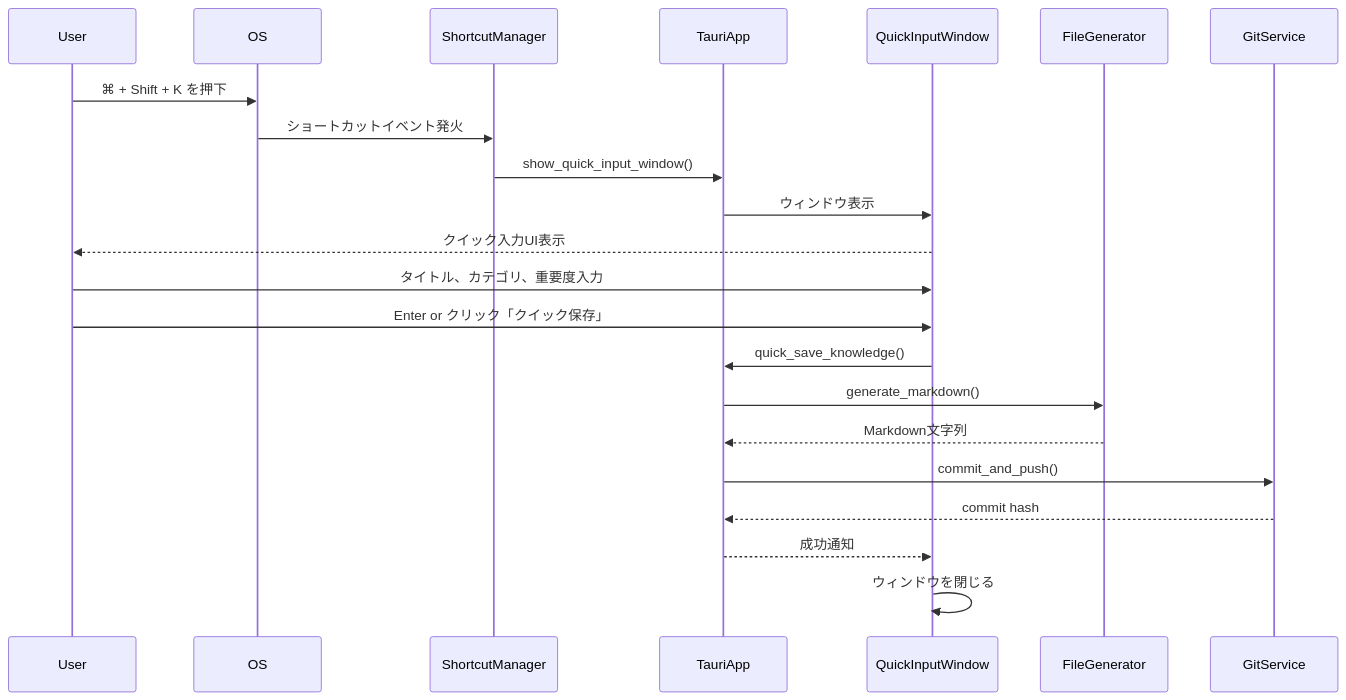
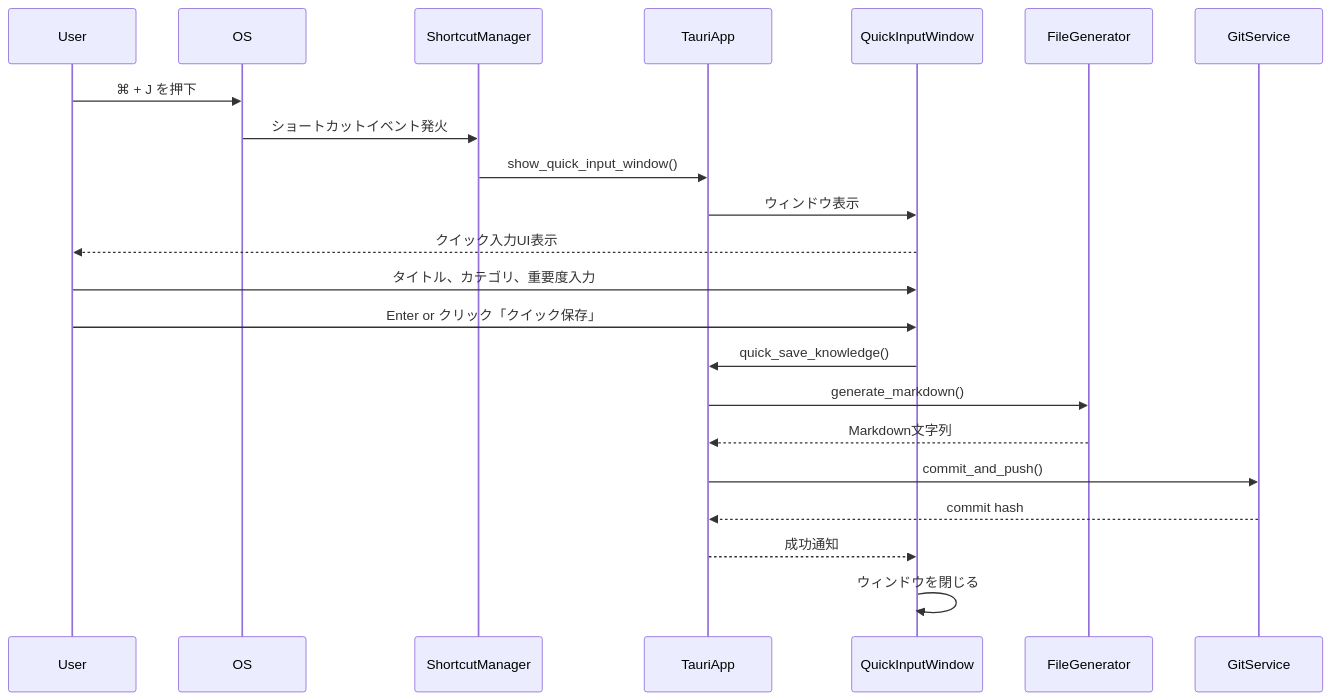
The second of 4 diagrams in docs/michi/20260131-worknote/spec/phase2-design.md (sk8metalme/WorkNote), drawn with Mermaid before and after one commit. The commit also changed other lines of this file and 2 other files, not shown here.

First line of the commit message:
docs: change global shortcut from ⌘+Shift+K to ⌘+J

````diff
--- a/docs/michi/20260131-worknote/spec/phase2-design.md
+++ b/docs/michi/20260131-worknote/spec/phase2-design.md
@@ -306,24 +306,24 @@
 ```mermaid
 sequenceDiagram
     participant User
     participant OS
     participant ShortcutManager
     participant TauriApp
     participant QuickInputWindow
 
-    User->>OS: ⌘ + Shift + K を押下
+    User->>OS: ⌘ + J を押下
     OS->>ShortcutManager: ショートカットイベント発火
     ShortcutManager->>TauriApp: show_quick_input_window()
     TauriApp->>QuickInputWindow: ウィンドウ表示
     QuickInputWindow-->>User: クイック入力UI表示
 
     User->>QuickInputWindow: タイトル、カテゴリ、重要度入力
     User->>QuickInputWindow: Enter or クリック「クイック保存」
     QuickInputWindow->>TauriApp: quick_save_knowledge()
     TauriApp->>FileGenerator: generate_markdown()
     FileGenerator-->>TauriApp: Markdown文字列
     TauriApp->>GitService: commit_and_push()
     GitService-->>TauriApp: commit hash
     TauriApp-->>QuickInputWindow: 成功通知
     QuickInputWindow->>QuickInputWindow: ウィンドウを閉じる
 ```
````
